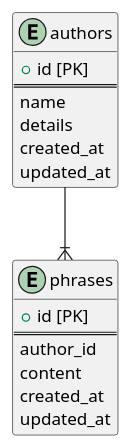
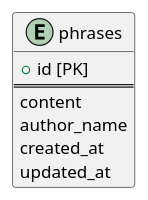
One commit to kaminotsukai/crowish-phrase-app changed the diagram in phrase_app.pu. Above: the diagram before and after it, drawn with PlantUML. The commit also changed 22 other files, not shown here.

```diff
--- a/phrase_app.pu
+++ b/phrase_app.pu
@@ -1,23 +1,12 @@
 @startuml erdiagram
 
 entity "phrases" {
     + id [PK]
     ==
-    author_id
     content
+    author_name
     created_at
     updated_at
 }
 
-entity "authors" {
-    + id [PK]
-    ==
-    name
-    details
-    created_at
-    updated_at
-}
-
-authors --|{ phrases
-
 @enduml
```
